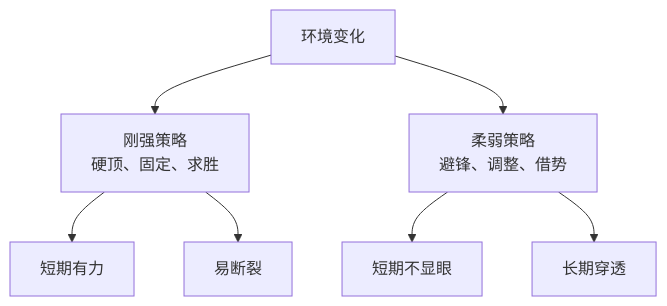
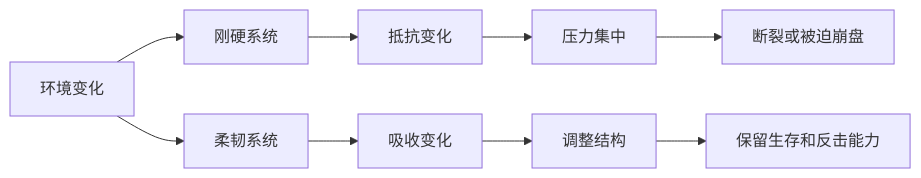
One commit to digoal/blog changed the second of 3 diagrams in 202605/20260518_39.md. Above: the diagram before and after it, drawn with Mermaid. The commit also changed other lines of this file and 26 other files, not shown here.

````diff
--- a/202605/20260518_39.md
+++ b/202605/20260518_39.md
@@ -21,9 +68,11 @@
 ```mermaid
-flowchart TD
-  A["环境变化"] --> B["刚强策略<br/>硬顶、固定、求胜"]
-  A --> C["柔弱策略<br/>避锋、调整、借势"]
-  B --> D["短期有力"]
-  B --> E["易断裂"]
-  C --> F["短期不显眼"]
-  C --> G["长期穿透"]
+flowchart LR
+  A["环境变化"] --> B["刚硬系统"]
+  A --> C["柔韧系统"]
+  B --> D["抵抗变化"]
+  D --> E["压力集中"]
+  E --> F["断裂或被迫崩盘"]
+  C --> G["吸收变化"]
+  G --> H["调整结构"]
+  H --> I["保留生存和反击能力"]
 ```
````
